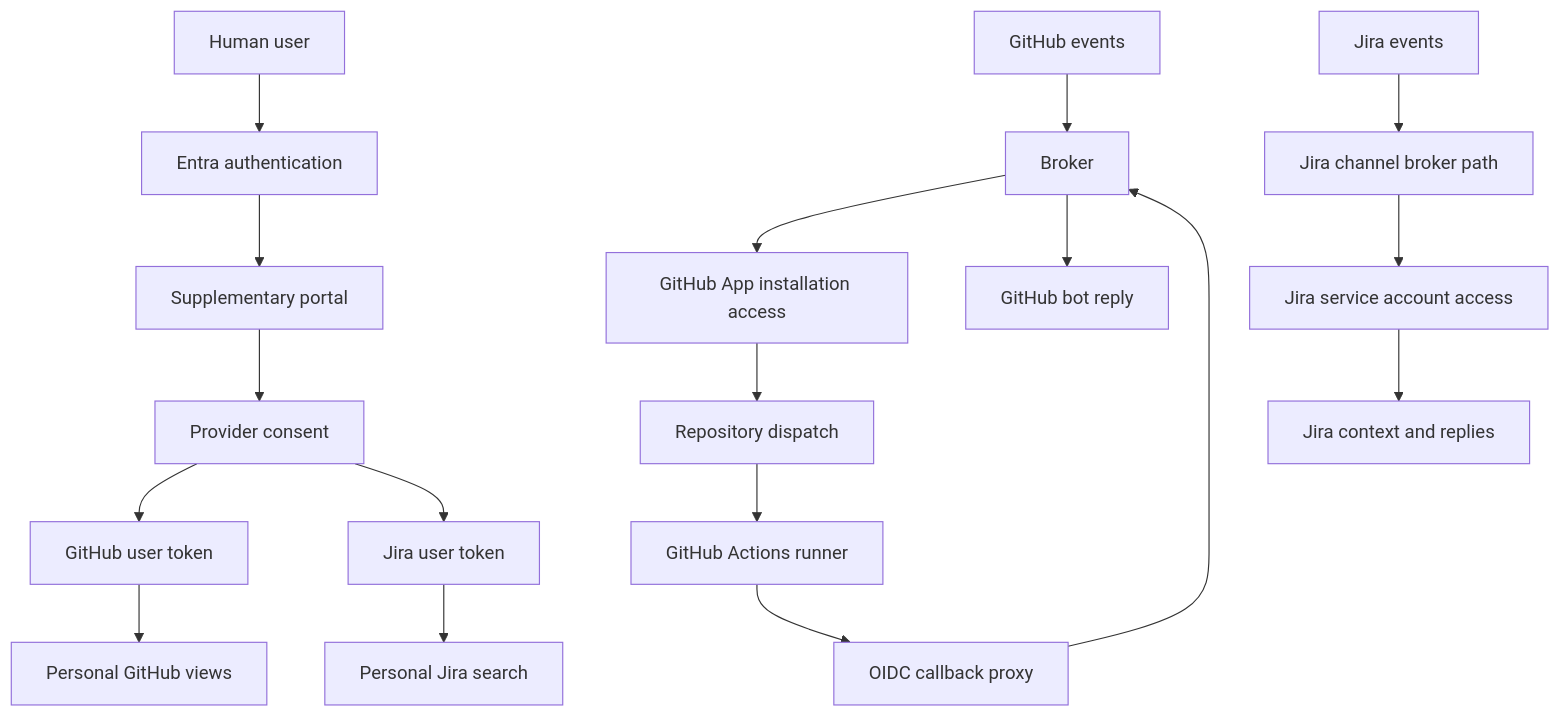
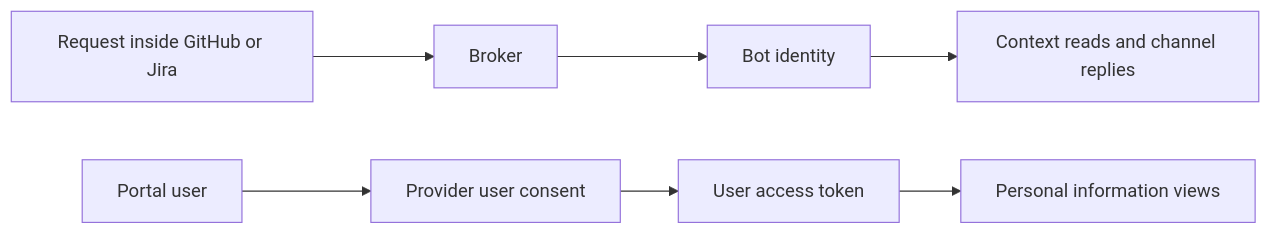
Before and after one commit to TheCloudPlumbingCo/slop-factory-pieces: the first of 6 diagrams in docs/14-agent-workflow-automation-architecture.md, drawn with Mermaid. The commit also changed other lines of this file and 4 other files, not shown here.

First line of the commit message:
Add Channel-Based Invocation and Portal Access documentation

````diff
--- a/docs/14-agent-workflow-automation-architecture.md
+++ b/docs/14-agent-workflow-automation-architecture.md
@@ -143,20 +31,9 @@
 ```mermaid
-flowchart TD
-  U[Human user] --> E[Entra authentication]
-  E --> P[Supplementary portal]
-  P --> O[Provider consent]
-  O --> GT[GitHub user token]
-  O --> JT[Jira user token]
-  GT --> PV[Personal GitHub views]
-  JT --> JV[Personal Jira search]
-  GH[GitHub events] --> B[Broker]
-  JH[Jira events] --> JC[Jira channel broker path]
-  B --> GA[GitHub App installation access]
-  GA --> D[Repository dispatch]
-  D --> W[GitHub Actions runner]
-  W --> CB[OIDC callback proxy]
-  CB --> B
-  B --> GR[GitHub bot reply]
-  JC --> SA[Jira service account access]
-  SA --> JR[Jira context and replies]
+flowchart LR
+  C[Request inside GitHub or Jira] --> B[Broker]
+  B --> BI[Bot identity]
+  BI --> R[Context reads and channel replies]
+  P[Portal user] --> UC[Provider user consent]
+  UC --> UT[User access token]
+  UT --> V[Personal information views]
 ```
````
